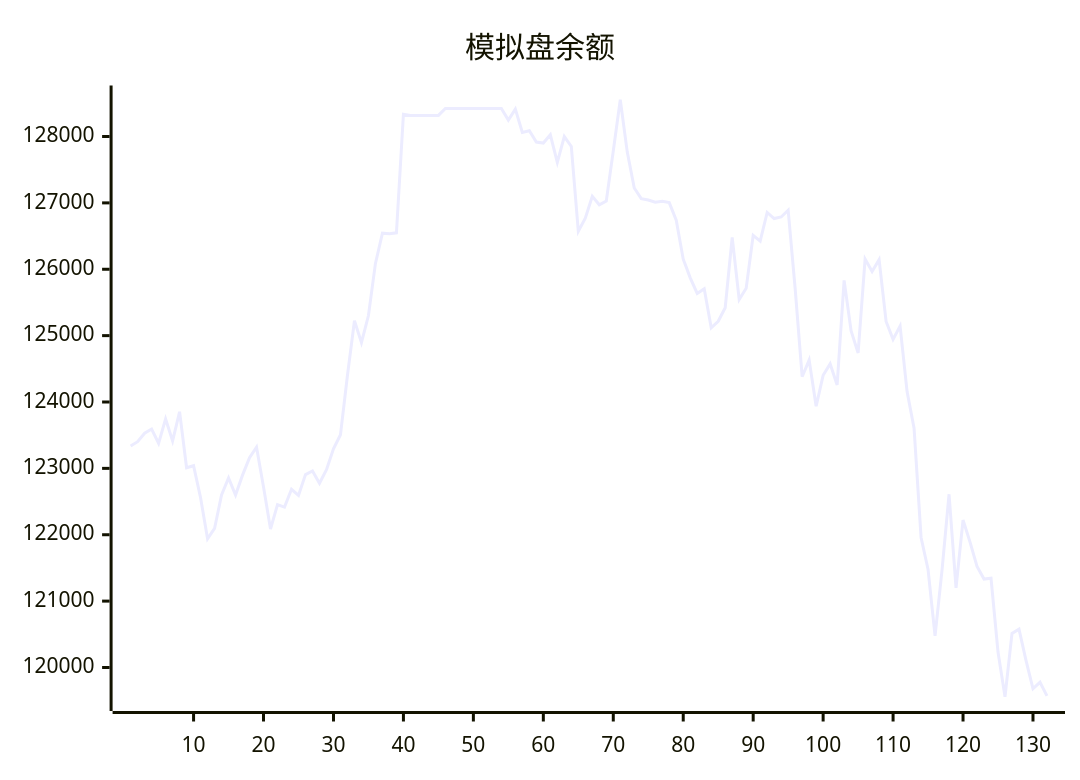
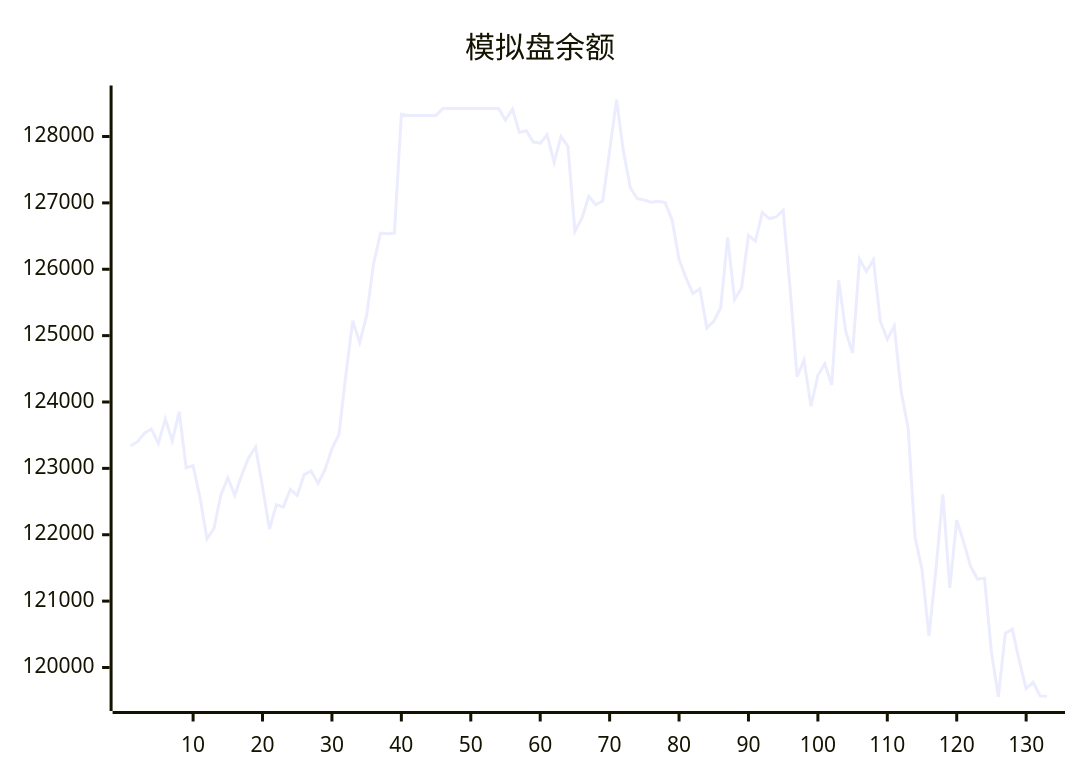
Before and after one commit to aahl/ai-trading: the diagram in README.md, drawn with Mermaid. The commit also changed other lines of this file and 2 other files, not shown here.

````diff
--- a/README.md
+++ b/README.md
@@ -5,5 +5,5 @@
 ```mermaid
 xychart
     title "模拟盘余额"
-    line [123338,123402,123530,123592,123378,123745,123413,123853,123009,123040,122557,121938,122095,122599,122856,122597,122898,123160,123319,122719,122087,122454,122416,122685,122592,122907,122961,122776,122981,123295,123507,124403,125224,124894,125303,126088,126544,126534,126549,128335,128318,128318,128318,128318,128318,128424,128424,128424,128424,128424,128424,128424,128424,128424,128247,128412,128062,128087,127917,127901,128026,127611,128000,127850,126572,126770,127100,126971,127029,127783,128554,127765,127224,127064,127044,127009,127025,127004,126738,126152,125871,125635,125707,125117,125217,125420,126480,125545,125715,126511,126424,126856,126764,126788,126890,125710,124381,124632,123936,124402,124574,124256,125833,125070,124739,126154,125966,126145,125213,124943,125143,124157,123604,121959,121476,120476,121470,122610,121201,122221,121889,121522,121332,121344,120232,119559,120513,120577,120108,119680,119777,119572]
+    line [123338,123402,123530,123592,123378,123745,123413,123853,123009,123040,122557,121938,122095,122599,122856,122597,122898,123160,123319,122719,122087,122454,122416,122685,122592,122907,122961,122776,122981,123295,123507,124403,125224,124894,125303,126088,126544,126534,126549,128335,128318,128318,128318,128318,128318,128424,128424,128424,128424,128424,128424,128424,128424,128424,128247,128412,128062,128087,127917,127901,128026,127611,128000,127850,126572,126770,127100,126971,127029,127783,128554,127765,127224,127064,127044,127009,127025,127004,126738,126152,125871,125635,125707,125117,125217,125420,126480,125545,125715,126511,126424,126856,126764,126788,126890,125710,124381,124632,123936,124402,124574,124256,125833,125070,124739,126154,125966,126145,125213,124943,125143,124157,123604,121959,121476,120476,121470,122610,121201,122221,121889,121522,121332,121344,120232,119559,120513,120577,120108,119680,119777,119572,119568]
 ```
````
